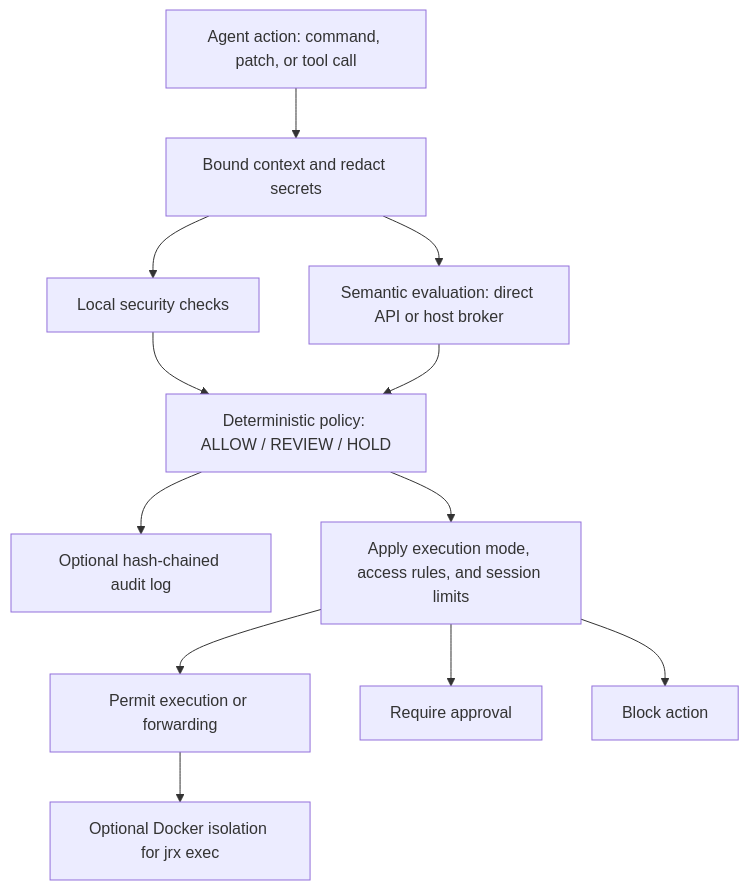
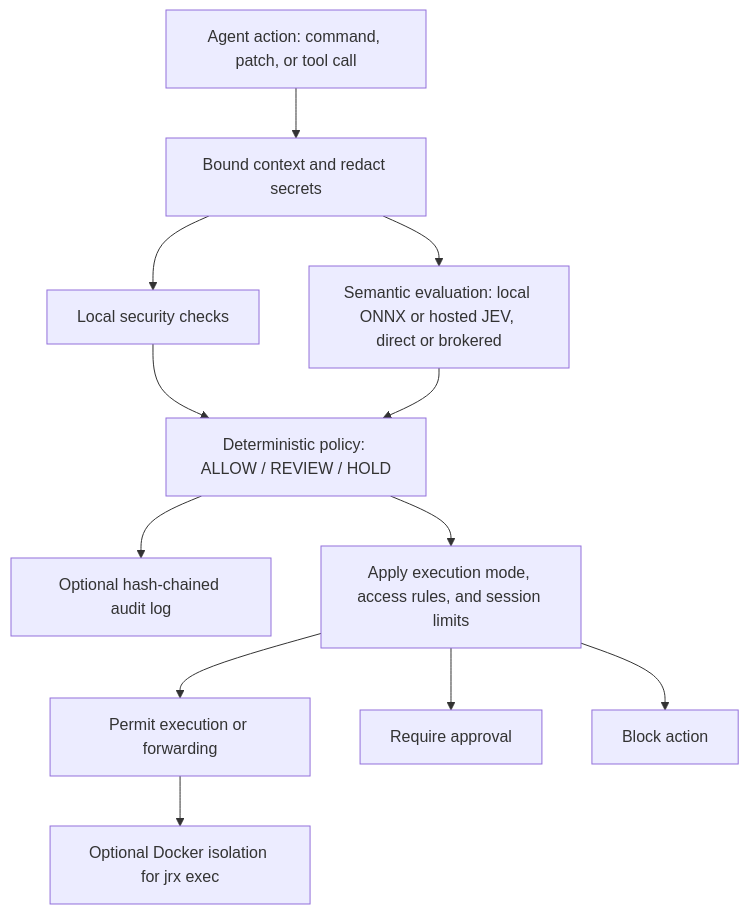
One commit to Madhumasa84/jrx changed the diagram in README.md. Above: the diagram before and after it, drawn with Mermaid. The commit also changed other lines of this file and 11 other files, not shown here.

````diff
--- a/README.md
+++ b/README.md
@@ -197,14 +172,14 @@
 ```mermaid
 flowchart TD
     Agent["Agent action: command, patch, or tool call"] --> Context["Bound context and redact secrets"]
     Context --> Checks["Local security checks"]
-    Context --> Semantic["Semantic evaluation: direct API or host broker"]
+    Context --> Semantic["Semantic evaluation: local ONNX or hosted JEV, direct or brokered"]
     Checks --> Policy["Deterministic policy: ALLOW / REVIEW / HOLD"]
     Semantic --> Policy
     Policy --> Audit["Optional hash-chained audit log"]
     Policy --> Gate["Apply execution mode, access rules, and session limits"]
     Gate --> Execute["Permit execution or forwarding"]
     Gate --> Review["Require approval"]
     Gate --> Block["Block action"]
     Execute --> Sandbox["Optional Docker isolation for jrx exec"]
 ```
````
